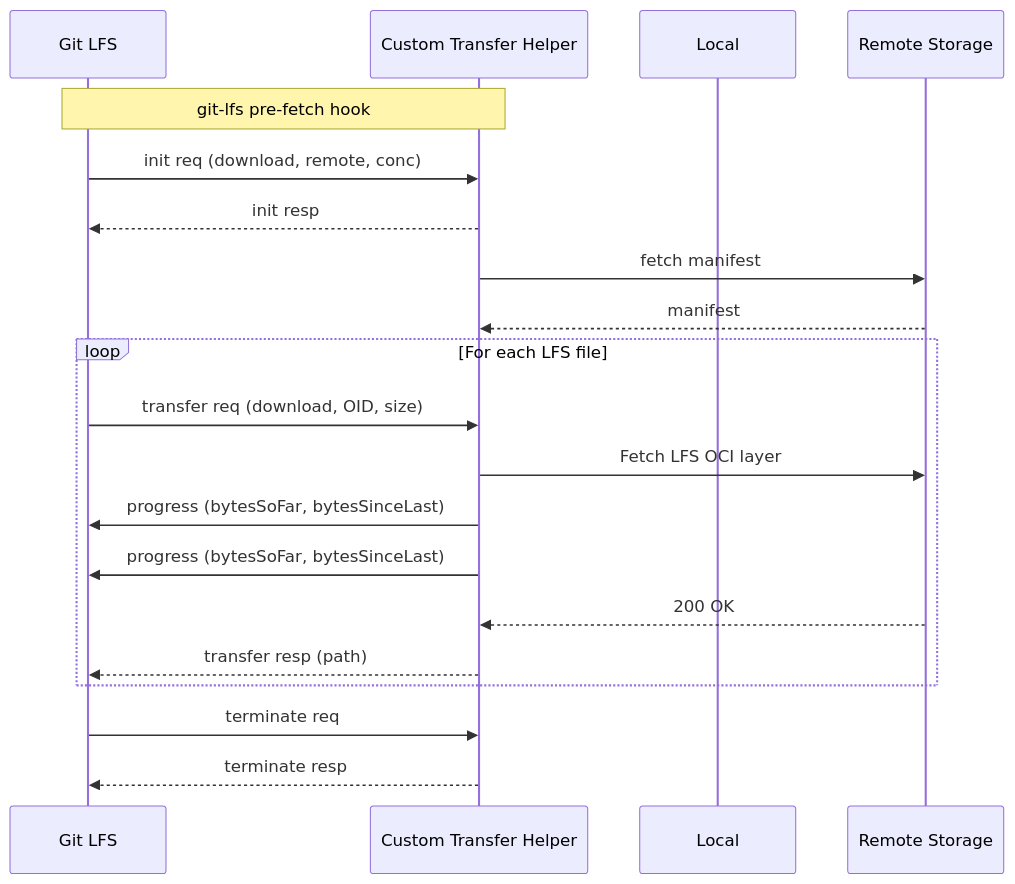
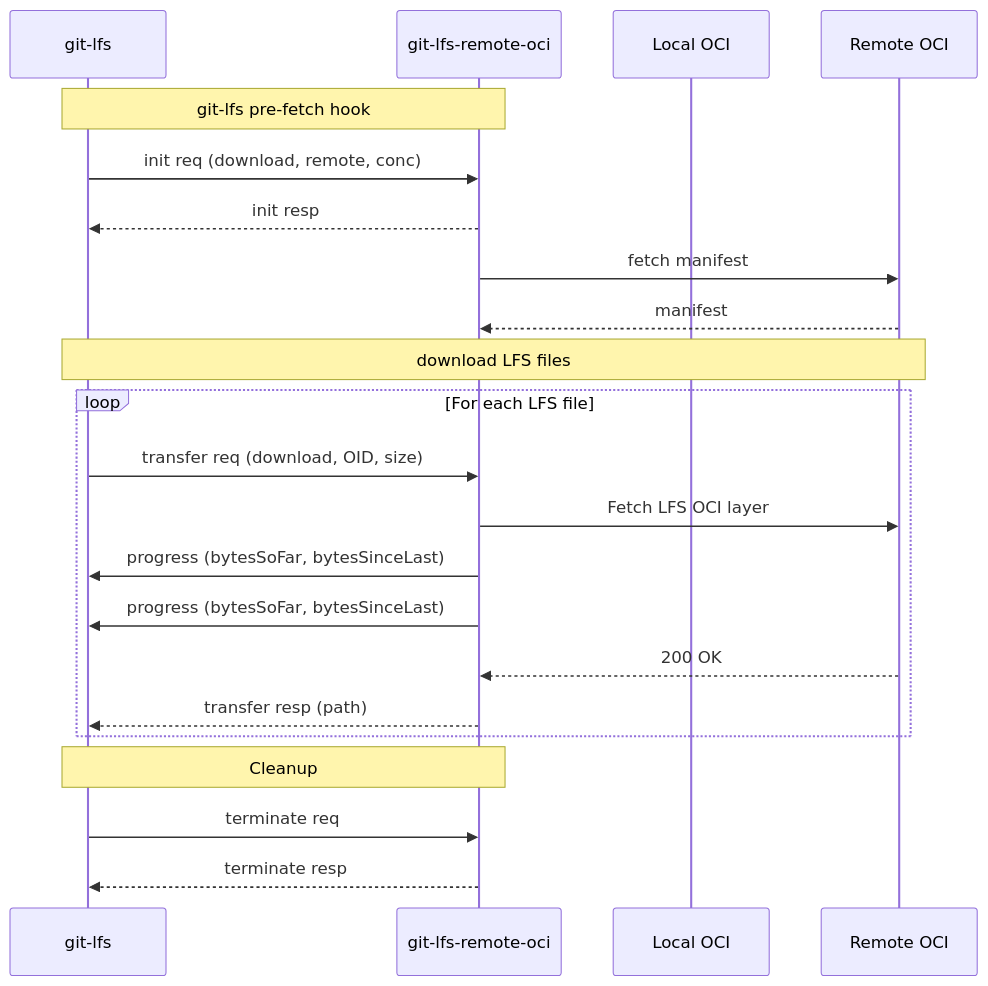
The diagram in docs/diagrams/sequence/fetch_lfs.md (act3-ai/gnoci), drawn with Mermaid before and after one commit. The commit also changed other lines of this file, not shown here.

Commit message:
update lfs fetch sequence diagram

````diff
--- a/docs/diagrams/sequence/fetch_lfs.md
+++ b/docs/diagrams/sequence/fetch_lfs.md
@@ -5,32 +12,32 @@
 ```mermaid
 sequenceDiagram
-    participant LFS as Git LFS
-    participant Helper as Custom Transfer Helper
-    participant LocalStorage as Local
-    participant Remote as Remote Storage
+    participant LFS as git-lfs
+    participant Helper as git-lfs-remote-oci
+    participant LocalStorage as Local OCI
+    participant Remote as Remote OCI
 
     Note over LFS,Helper: git-lfs pre-fetch hook
 
     %% Initialization (operation, remote name, concurrency options)
     %% op: upload/download
     %% remote: shortname or full URL
     LFS->>Helper: init req (download, remote, conc)
     Helper-->>LFS: init resp
 
     Helper->>Remote: fetch manifest
     Remote-->>Helper: manifest
 
-    %% Prepare loop
+    Note over LFS,Remote: download LFS files
     loop For each LFS file
         LFS->>Helper: transfer req (download, OID, size)
         Helper->>Remote: Fetch LFS OCI layer
         Helper->>LFS: progress (bytesSoFar, bytesSinceLast)
         Helper->>LFS: progress (bytesSoFar, bytesSinceLast)
         Remote-->>Helper: 200 OK
         Helper-->>LFS: transfer resp (path)
     end
 
-    %% Termination
+    Note over LFS,Helper: Cleanup
     LFS->>Helper: terminate req
     Helper-->>LFS: terminate resp
 ```
````
